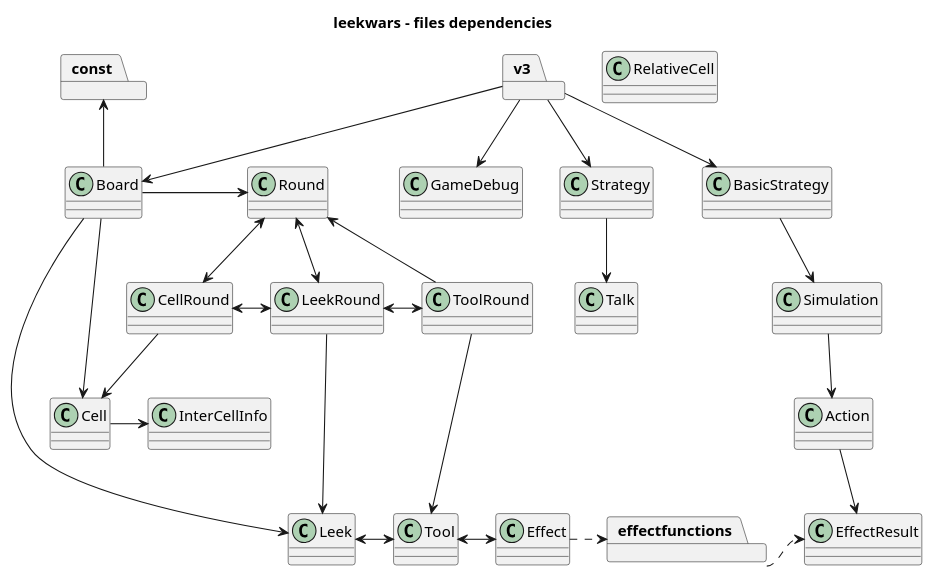
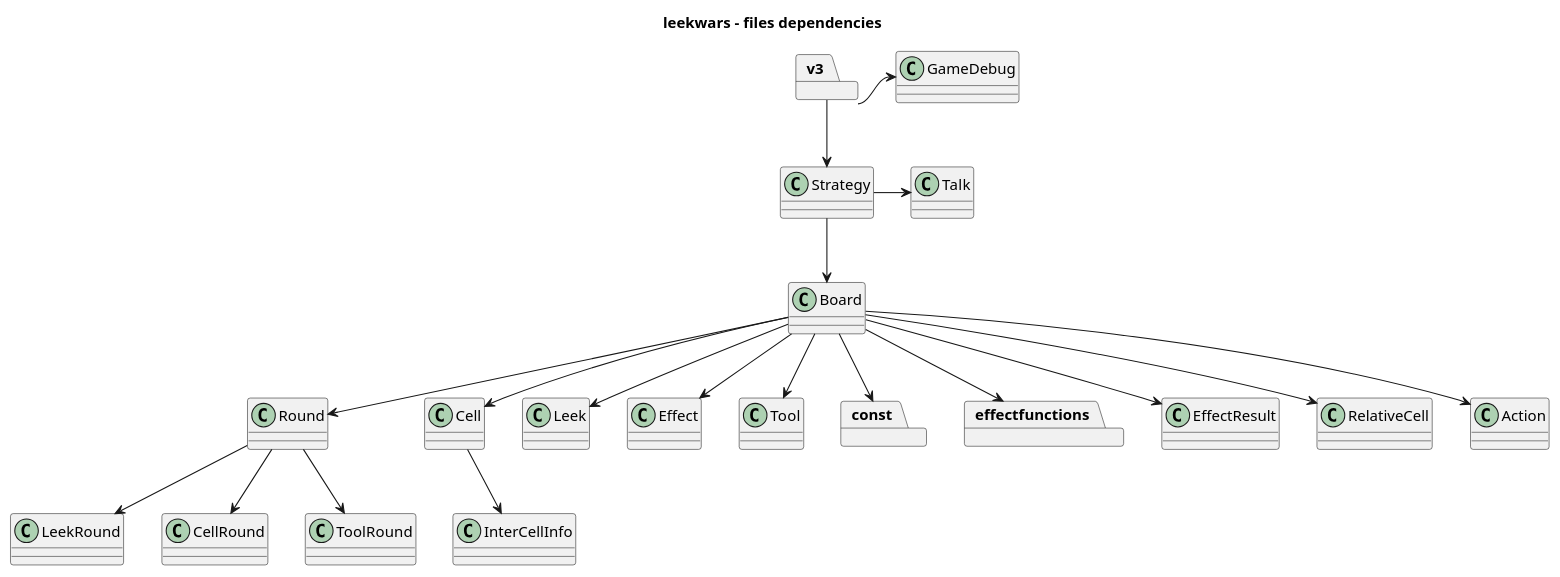
Before and after one commit to fauconv/leekwars: the diagram in doc/files_dependencies.puml, drawn with PlantUML. The commit also changed 3 other files, not shown here.

```diff
--- a/doc/files_dependencies.puml
+++ b/doc/files_dependencies.puml
@@ -1,54 +1,46 @@
 @startuml
 
 title leekwars - files dependencies
 
 allowmixing
 
 class Round
 class Board
-package const
 class Cell 
 class Leek
 class Effect
 class Tool
+package const
 package effectfunctions
 class EffectResult
 class InterCellInfo
 class RelativeCell
 class Strategy
-class BasicStrategy
-class Talk
 package v3
 class GameDebug
 class LeekRound
 class CellRound
 class ToolRound
-class Simulation
 class Action
+class Talk
 
-Board -> Round
-Board -up-> const
+v3 -> GameDebug
+v3 --> Strategy
+Strategy --> Board
+Strategy -> Talk
+Board --> Action
+Board --> effectfunctions
+Board --> EffectResult
+Board --> Round 
+Board --> const
+Round --> CellRound
+Round --> LeekRound
 Board --> Cell
-Board ----> Leek
-Round <--> CellRound
-Round <--> LeekRound
-Cell -> InterCellInfo
-Leek <-> Tool
-Tool <-> Effect
-Effect .> effectfunctions
-v3 --> GameDebug
-v3 --> Board
-v3 --> BasicStrategy
-v3 --> Strategy
-Strategy --> Talk
-CellRound --> Cell
-CellRound <-> LeekRound
-LeekRound --> Leek
-LeekRound <-> ToolRound
-ToolRound -> Tool
-ToolRound -> Round
-Simulation --> Action
-BasicStrategy --> Simulation
-Action --> EffectResult
-effectfunctions .> EffectResult
+Cell --> InterCellInfo
+Round --> ToolRound
+Board --> Tool
+Board --> Leek
+Board --> Effect
+Board --> RelativeCell
+
 @enduml
```
